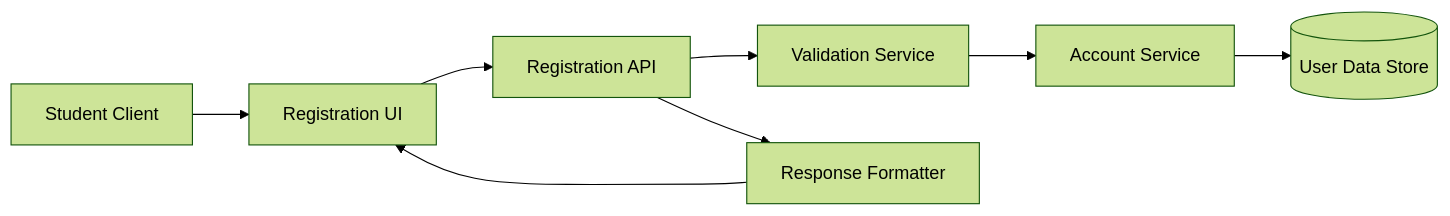
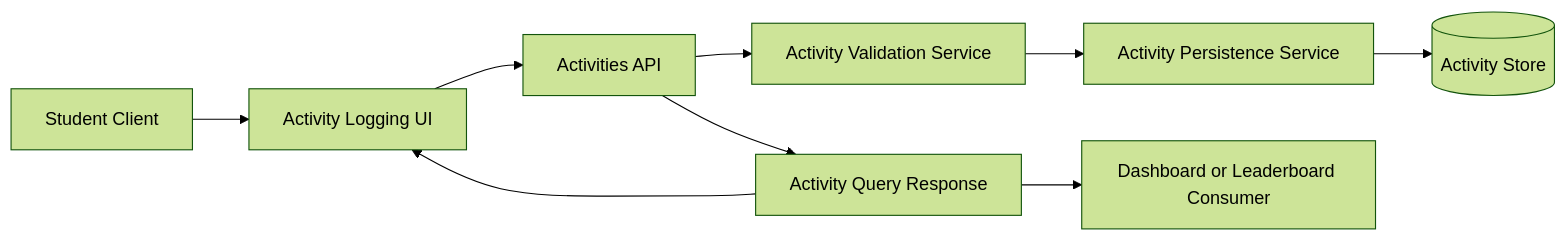
Before and after one commit to chavanlaxman/OCTOFIT: the diagram in artifact/architecture.md, drawn with Mermaid (forest theme). The commit also changed other lines of this file and 13 other files, not shown here.

Commit message:
OCTOFIT-4 add activity logging implementation

````diff
--- a/artifact/architecture.md
+++ b/artifact/architecture.md
@@ -26,10 +26,11 @@
 ```mermaid
 flowchart LR
-    A[Student Client] --> B[Registration UI]
-    B --> C[Registration API]
-    C --> D[Validation Service]
-    D --> E[Account Service]
-    E --> F[(User Data Store)]
-    C --> G[Response Formatter]
+    A[Student Client] --> B[Activity Logging UI]
+    B --> C[Activities API]
+    C --> D[Activity Validation Service]
+    D --> E[Activity Persistence Service]
+    E --> F[(Activity Store)]
+    C --> G[Activity Query Response]
     G --> B
+    G --> H[Dashboard or Leaderboard Consumer]
 ```
````
